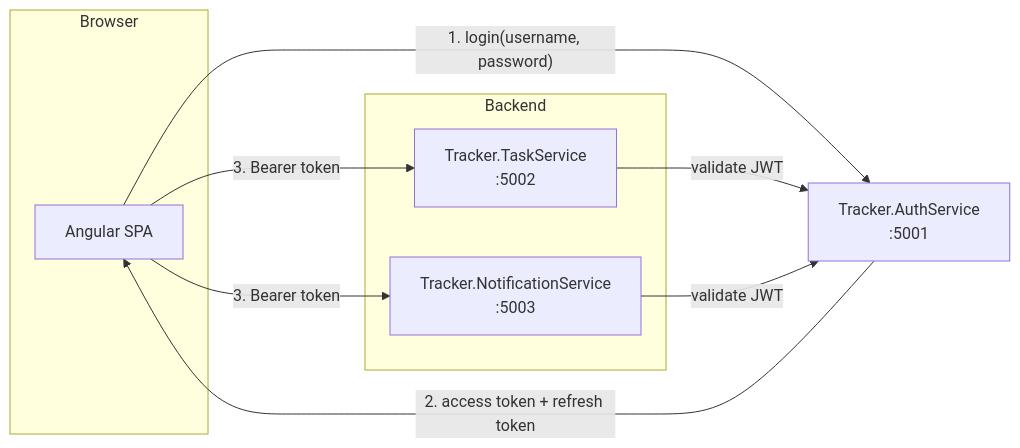
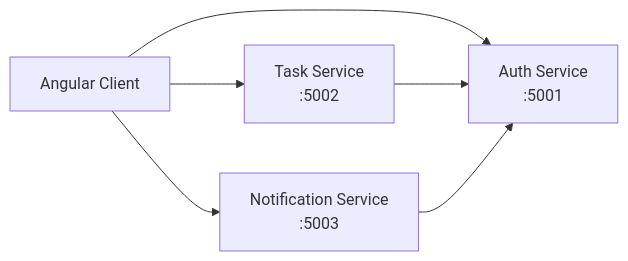
One commit to kudoshinichi2k5/MyTaskTracker changed the diagram in README.md. Above: the diagram before and after it, drawn with Mermaid. The commit also changed other lines of this file and 1 other file, not shown here.

Commit message:
fix(auth): rewrite project to .NET 8 JWT auth pipeline

````diff
--- a/README.md
+++ b/README.md
@@ -8,20 +7,8 @@
 ```mermaid
 flowchart LR
-    subgraph Browser
-        FE["Angular SPA"]
-    end
-
-    AUTH["Tracker.AuthService\n:5001"]
-
-    subgraph Backend
-        TS["Tracker.TaskService\n:5002"]
-        NS["Tracker.NotificationService\n:5003"]
-    end
-
-    FE -- "1. login(username, password)" --> AUTH
-    AUTH -- "2. access token + refresh token" --> FE
-    FE -- "3. Bearer token" --> TS
-    FE -- "3. Bearer token" --> NS
-    TS -- "validate JWT" --> AUTH
-    NS -- "validate JWT" --> AUTH
+    FE["Angular Client"] --> AUTH["Auth Service\n:5001"]
+    FE --> TS["Task Service\n:5002"]
+    FE --> NS["Notification Service\n:5003"]
+    TS --> AUTH
+    NS --> AUTH
 ```
````
